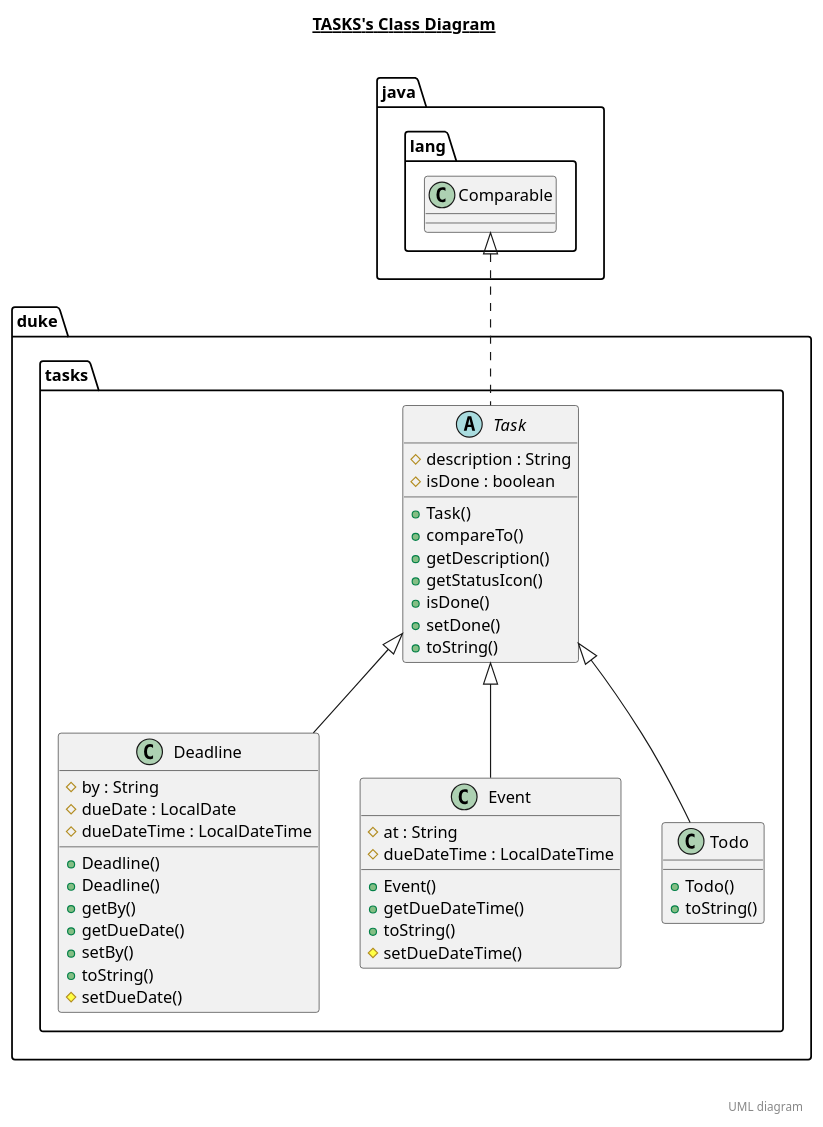
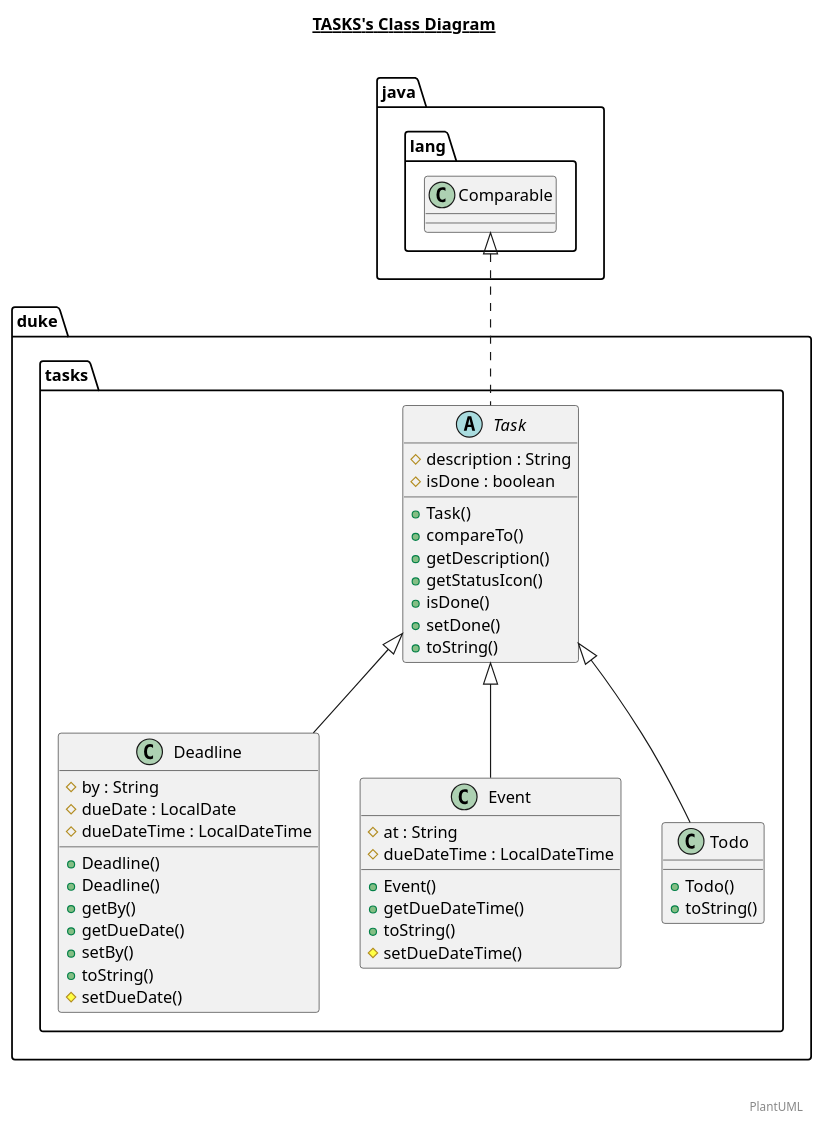
Before and after one commit to nus-tic4001-AY2021S1/ip: the diagram in docs/diagrams/tasks.plantuml, drawn with PlantUML. The commit also changed 10 other files, not shown here.

Commit message:
update graph

```diff
--- a/docs/diagrams/tasks.plantuml
+++ b/docs/diagrams/tasks.plantuml
@@ -1,76 +1,76 @@
 @startuml
 
 title __TASKS's Class Diagram__\n
 
   namespace duke {
     namespace tasks {
       class duke.tasks.Deadline {
           # by : String
           # dueDate : LocalDate
           # dueDateTime : LocalDateTime
           + Deadline()
           + Deadline()
           + getBy()
           + getDueDate()
           + setBy()
           + toString()
           # setDueDate()
       }
     }
   }
   
 
   namespace duke {
     namespace tasks {
       class duke.tasks.Event {
           # at : String
           # dueDateTime : LocalDateTime
           + Event()
           + getDueDateTime()
           + toString()
           # setDueDateTime()
       }
     }
   }
   
 
   namespace duke {
     namespace tasks {
       abstract class duke.tasks.Task {
           # description : String
           # isDone : boolean
           + Task()
           + compareTo()
           + getDescription()
           + getStatusIcon()
           + isDone()
           + setDone()
           + toString()
       }
     }
   }
   
 
   namespace duke {
     namespace tasks {
       class duke.tasks.Todo {
           + Todo()
           + toString()
       }
     }
   }
   
 
   duke.tasks.Deadline -up-|> duke.tasks.Task
   duke.tasks.Event -up-|> duke.tasks.Task
   duke.tasks.Task .up.|> java.lang.Comparable
   duke.tasks.Todo -up-|> duke.tasks.Task
 
 
 right footer
 
 
-UML diagram
+PlantUML
 endfooter
 
 @enduml
```
